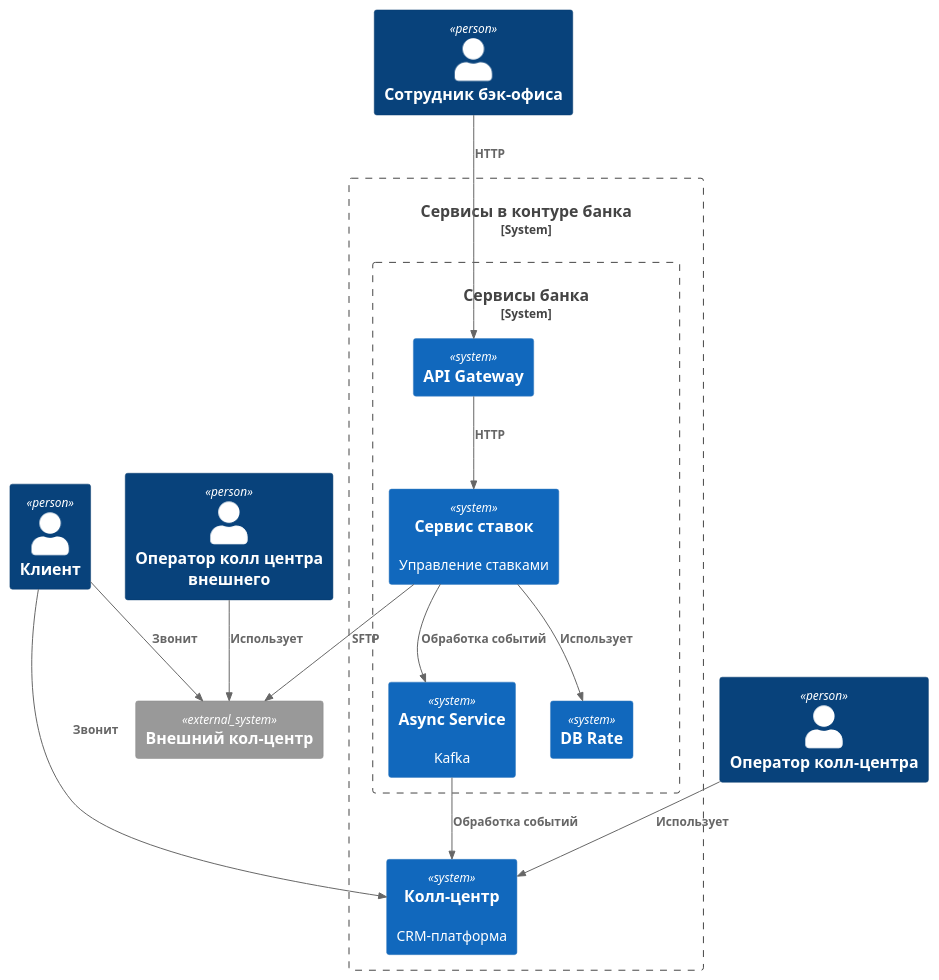
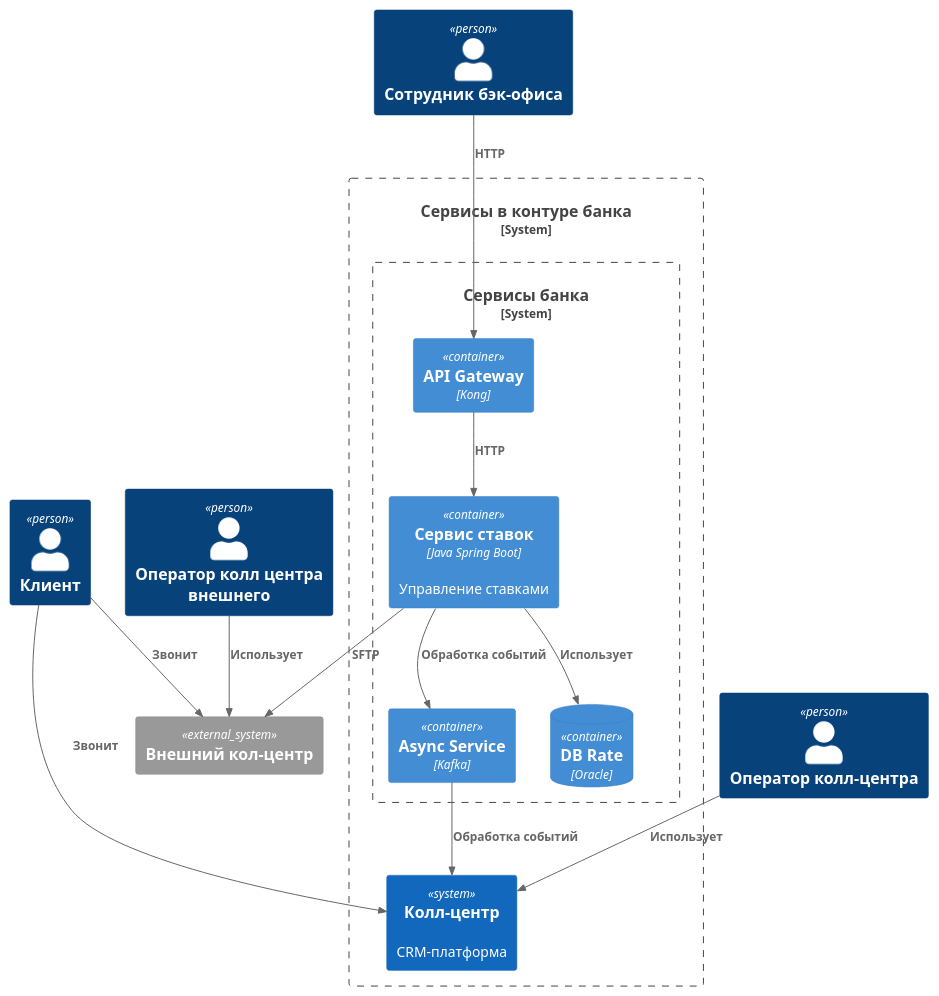
One commit to alexmented/architecture-pro-standart changed the diagram in Task4/C2.puml. Above: the diagram before and after it, drawn with PlantUML. The commit also changed 4 other files, not shown here.

```diff
--- a/Task4/C2.puml
+++ b/Task4/C2.puml
@@ -1,34 +1,34 @@
 @startuml
 !includeurl https://raw.githubusercontent.com/RicardoNiepel/C4-PlantUML/master/C4_Component.puml
 
 Person(client, "Клиент")
 
 Person(external_operator, "Оператор колл центра внешнего")
 Person(back_office_person, "Сотрудник бэк-офиса")
 Person(call_center_agents, "Оператор колл-центра")
 
 System_Boundary(serviceBoundary, "Сервисы в контуре банка") {
   System_Boundary(serviceBoundary2, "Сервисы банка") {
-    System(gateway, "API Gateway")
-    System(rate_service, "Сервис ставок", "Управление ставками")
-    System(async_service, "Async Service", "Kafka")
-    System(rate_service_db, "DB Rate")
+    Container(gateway, "API Gateway", "Kong")
+    Container(rate_service, "Сервис ставок", "Java Spring Boot", "Управление ставками")
+    Container(async_service, "Async Service", "Kafka")
+    ContainerDb(rate_service_db, "DB Rate", "Oracle")
   }
   System(call_center, "Колл-центр", "CRM-платформа")
 }
 
 
 System_Ext(external_call_center, "Внешний кол-центр")
 
 Rel(back_office_person, gateway, "HTTP")
 Rel(call_center_agents, call_center, "Использует")
 Rel(rate_service, rate_service_db, "Использует")
 Rel(rate_service, async_service, "Обработка событий")
 Rel(async_service, call_center, "Обработка событий")
 Rel(rate_service, external_call_center, "SFTP")
 Rel(gateway, rate_service, "HTTP")
 Rel(external_operator, external_call_center, "Использует")
 Rel(client, call_center, "Звонит")
 Rel(client, external_call_center, "Звонит")
 
 @enduml
```
